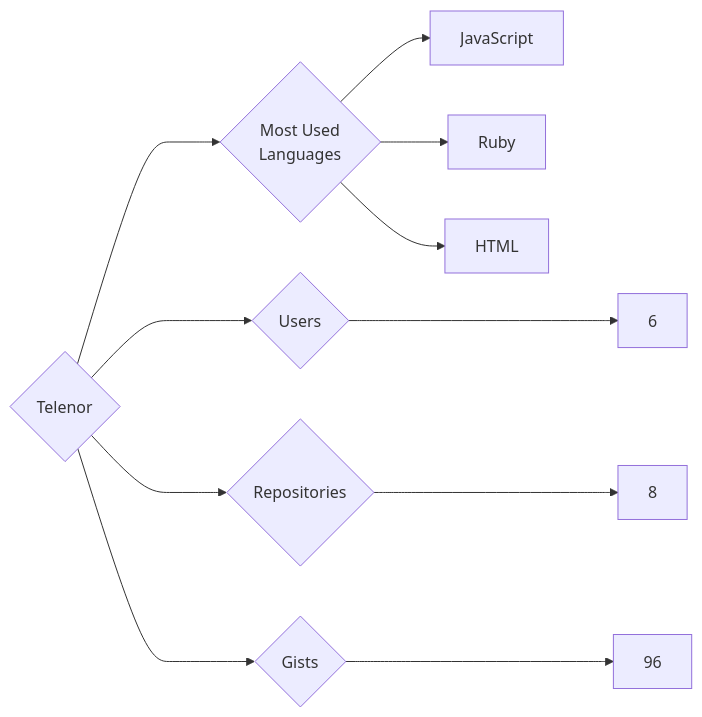
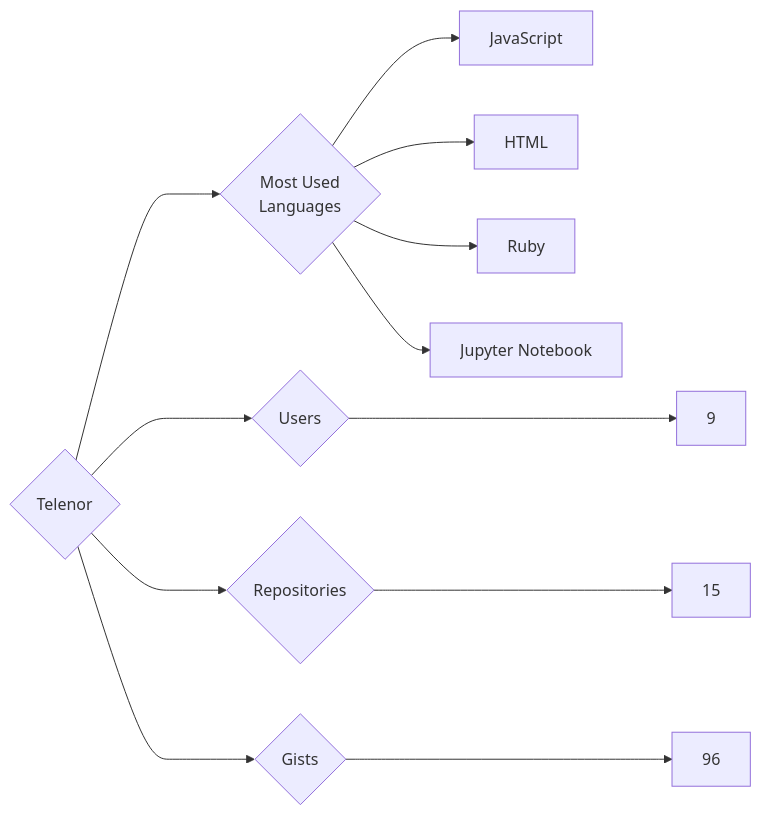
Before and after one commit to trickest/insiders: the diagram in targets/Telenor/README.md, drawn with Mermaid. The commit also changed 1055 other files, not shown here.

````diff
--- a/targets/Telenor/README.md
+++ b/targets/Telenor/README.md
@@ -3,11 +3,12 @@
 ```mermaid
 graph LR
 COMPANY_NAME{Telenor}
-COMPANY_NAME ---> U{Users} ---> UN[6]
-COMPANY_NAME ---> R{Repositories} ---> RN[8]
+COMPANY_NAME ---> U{Users} ---> UN[9]
+COMPANY_NAME ---> R{Repositories} ---> RN[15]
 COMPANY_NAME ---> G{Gists} ---> GN[96]
 COMPANY_NAME ---> ML{Most Used<br>Languages}
 ML --> JavaScript[JavaScript]
+ML --> HTML[HTML]
 ML --> Ruby[Ruby]
-ML --> HTML[HTML]
+ML --> Jupyter_Notebook[Jupyter Notebook]
 ```
````
